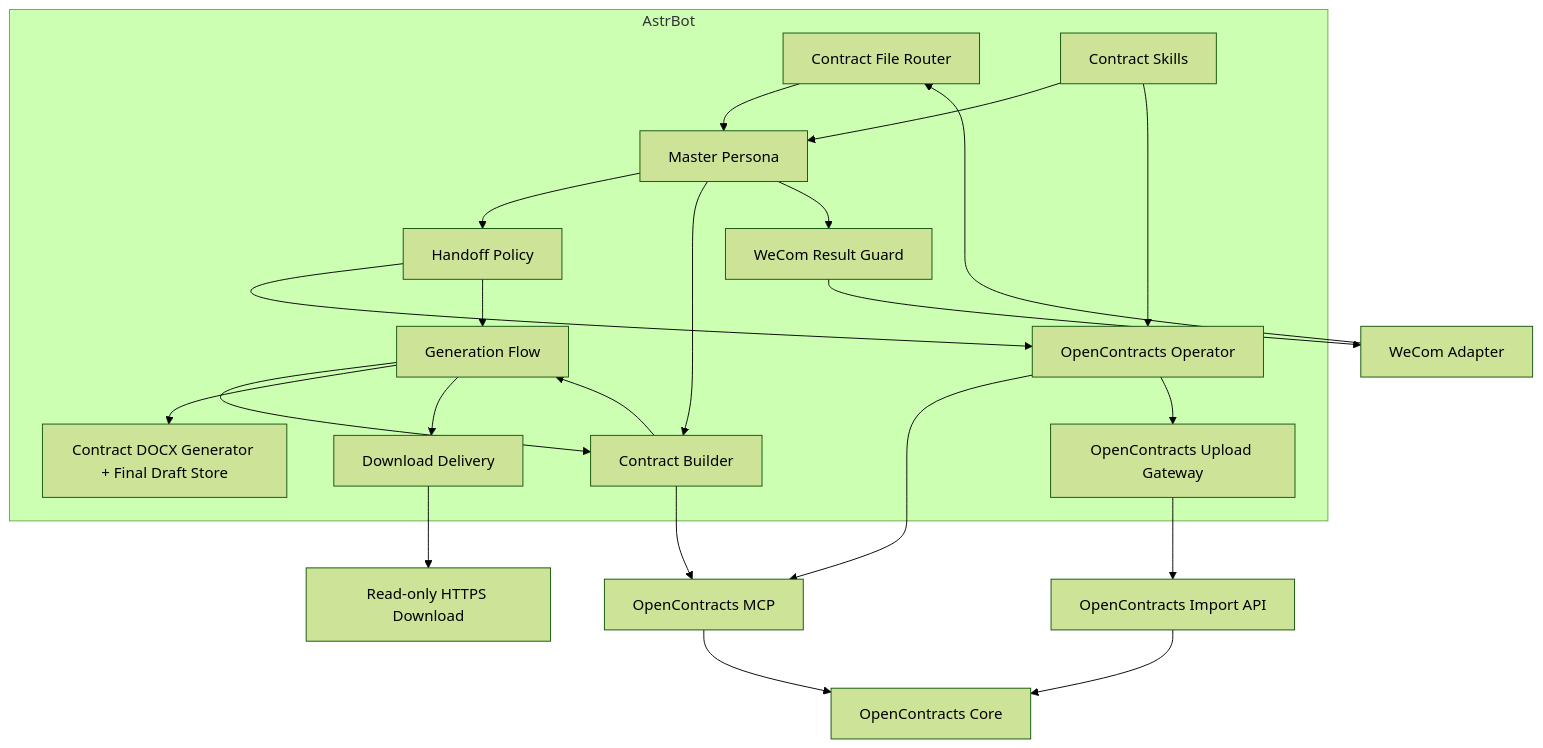
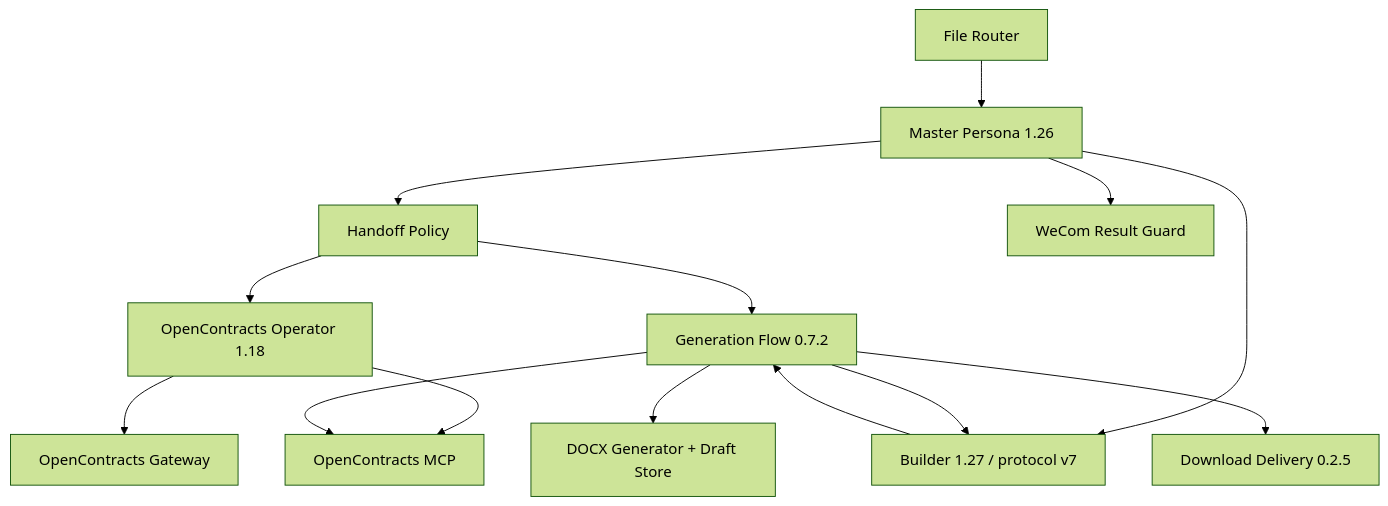
One commit to Ri0n72Y/ContractBotConfig changed the second of 2 diagrams in docs/architecture/system-context.md. Above: the diagram before and after it, drawn with Mermaid (forest theme). The commit also changed other lines of this file and 35 other files, not shown here.

Commit message:
Remove legacy skills and Docassemble gateway

````diff
--- a/docs/architecture/system-context.md
+++ b/docs/architecture/system-context.md
@@ -29,46 +26,26 @@
 ```mermaid
 flowchart TB
-    subgraph AstrBot
-        Router[Contract File Router]
-        Master[Master Persona]
-        Handoff[Handoff Policy]
-        Flow[Generation Flow]
-        OCOperator[OpenContracts Operator]
-        UploadGateway[OpenContracts Upload Gateway]
-        Builder[Contract Builder]
-        DocxGenerator[Contract DOCX Generator + Final Draft Store]
-        Delivery[Download Delivery]
-        Guard[WeCom Result Guard]
-        Skills[Contract Skills]
-    end
+    Router[File Router]
+    Master[Master Persona 1.26]
+    Handoff[Handoff Policy]
+    Operator[OpenContracts Operator 1.18]
+    Gateway[OpenContracts Gateway]
+    MCP[OpenContracts MCP]
+    Builder[Builder 1.27 / protocol v7]
+    Flow[Generation Flow 0.7.2]
+    Generator[DOCX Generator + Draft Store]
+    Delivery[Download Delivery 0.2.5]
+    Guard[WeCom Result Guard]
 
-    WeCom[WeCom Adapter]
-    MCP[OpenContracts MCP]
-    Import[OpenContracts Import API]
-    OC[OpenContracts Core]
-    PublicDownload[Read-only HTTPS Download]
-
-    WeCom --> Router
     Router --> Master
-    Master --> Handoff
-    Handoff --> OCOperator
-    OCOperator --> MCP
-    OCOperator --> UploadGateway
-    UploadGateway --> Import
-    MCP --> OC
-    Import --> OC
-
+    Master --> Handoff --> Operator
+    Operator --> MCP
+    Operator --> Gateway
     Master --> Builder
-    Handoff --> Flow
-    Flow --> Builder
-    Builder --> MCP
+    Handoff --> Flow --> Builder
     Builder --> Flow
-    Flow --> DocxGenerator
+    Flow --> MCP
+    Flow --> Generator
     Flow --> Delivery
-    Delivery --> PublicDownload
-
     Master --> Guard
-    Guard --> WeCom
-    Skills --> Master
-    Skills --> OCOperator
 ```
````
